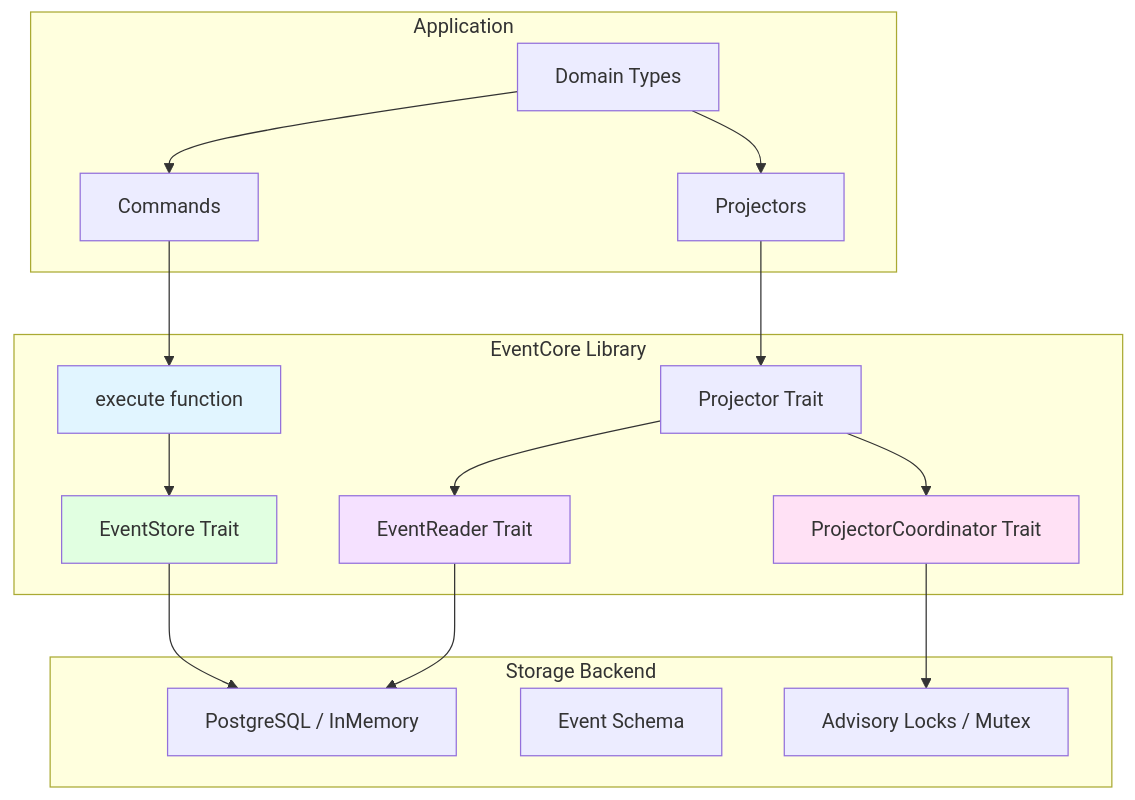
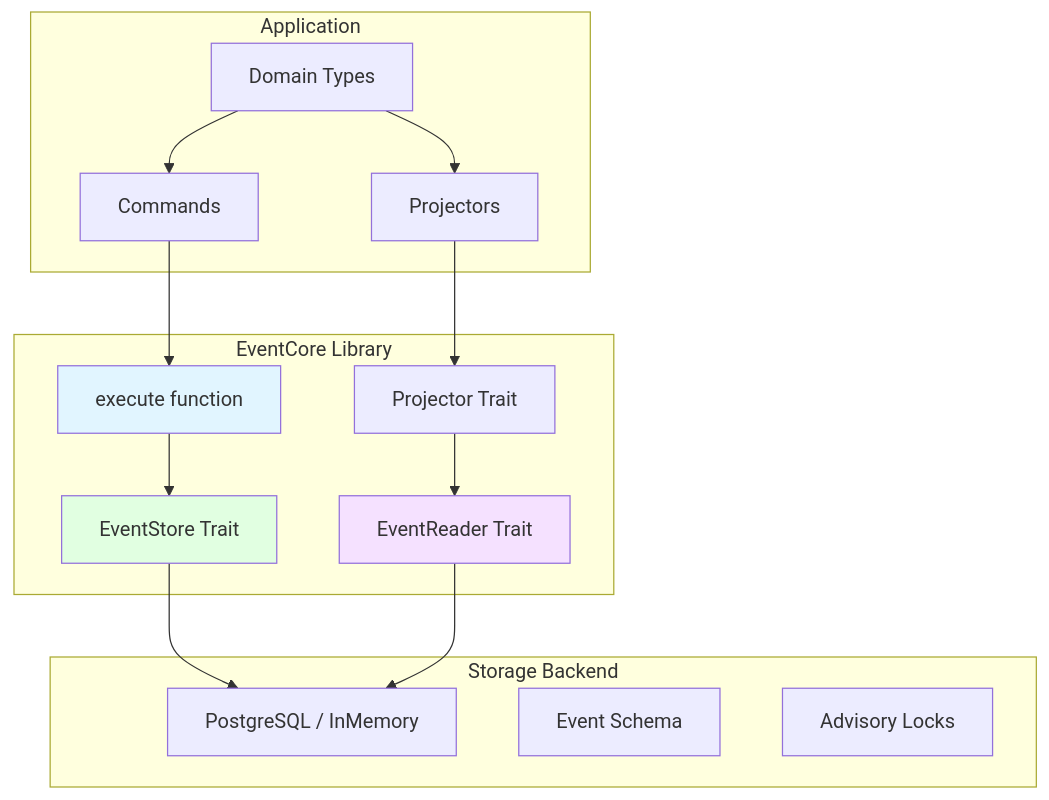
One commit to jwilger/eventcore changed the second of 2 diagrams in docs/ARCHITECTURE.md. Above: the diagram before and after it, drawn with Mermaid. The commit also changed other lines of this file and 5 other files, not shown here.

````diff
--- a/docs/ARCHITECTURE.md
+++ b/docs/ARCHITECTURE.md
@@ -725,40 +685,36 @@
 ```mermaid
 graph TB
     subgraph Application
         Cmd[Commands]
         Proj[Projectors]
         Domain[Domain Types]
     end
 
     subgraph EventCore Library
         Exec[execute function]
         ES[EventStore Trait]
         ER[EventReader Trait]
         PT[Projector Trait]
-        PC[ProjectorCoordinator Trait]
     end
 
     subgraph Storage Backend
         PG[PostgreSQL / InMemory]
         Schema[Event Schema]
-        Locks[Advisory Locks / Mutex]
+        Locks[Advisory Locks]
     end
 
     Cmd --> Exec
     Exec --> ES
     ES --> PG
 
     Proj --> PT
     PT --> ER
-    PT --> PC
     ER --> PG
-    PC --> Locks
 
     Domain --> Cmd
     Domain --> Proj
 
     style Exec fill:#e1f5ff
     style ES fill:#e1ffe1
     style ER fill:#f5e1ff
-    style PC fill:#ffe1f5
 ```
````
